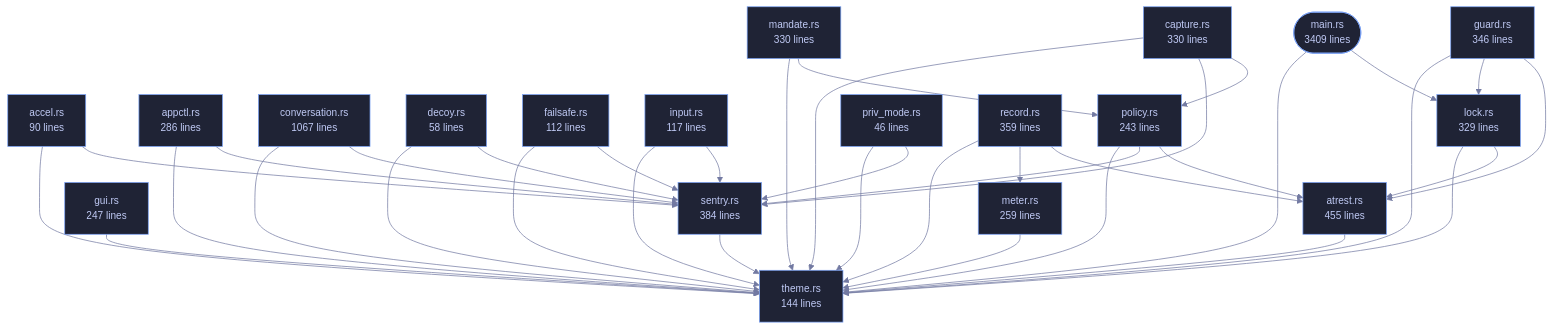
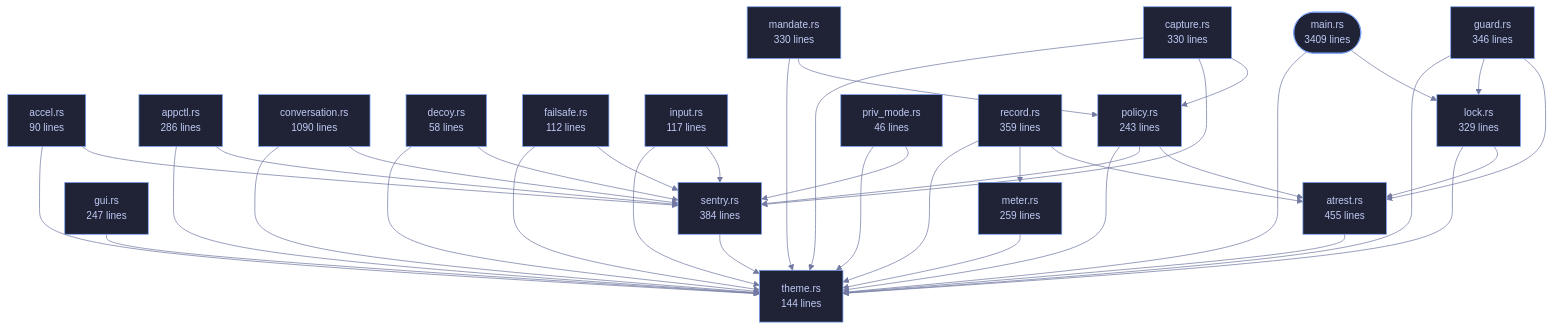
Before and after one commit to tilas01/veilvoice: the diagram in crates/veilvoice-cli/README.md, drawn with Mermaid. The commit also changed other lines of this file and 32 other files, not shown here.

````diff
--- a/crates/veilvoice-cli/README.md
+++ b/crates/veilvoice-cli/README.md
@@ -110,78 +110,78 @@
 ```mermaid
 %%{init: {"theme":"base","themeVariables":{"background":"#1a1b26","primaryColor":"#1f2335","primaryTextColor":"#c0caf5","primaryBorderColor":"#7aa2f7","secondaryColor":"#16161e","tertiaryColor":"#16161e","lineColor":"#737aa2","textColor":"#c0caf5","mainBkg":"#1f2335","nodeBorder":"#7aa2f7","clusterBkg":"#16161e","clusterBorder":"#2f3549","fontFamily":"ui-monospace, SFMono-Regular, Consolas, monospace","fontSize":"14px"}}}%%
 flowchart TD
     n_main(["main.rs<br/>3409 lines"])
     n_accel["accel.rs<br/>90 lines"]
     n_appctl["appctl.rs<br/>286 lines"]
     n_atrest["atrest.rs<br/>455 lines"]
     n_capture["capture.rs<br/>330 lines"]
-    n_conversation["conversation.rs<br/>1067 lines"]
+    n_conversation["conversation.rs<br/>1090 lines"]
     n_decoy["decoy.rs<br/>58 lines"]
     n_failsafe["failsafe.rs<br/>112 lines"]
     n_guard["guard.rs<br/>346 lines"]
     n_gui["gui.rs<br/>247 lines"]
     n_input["input.rs<br/>117 lines"]
     n_lock["lock.rs<br/>329 lines"]
     n_mandate["mandate.rs<br/>330 lines"]
     n_meter["meter.rs<br/>259 lines"]
     n_policy["policy.rs<br/>243 lines"]
     n_priv_mode["priv_mode.rs<br/>46 lines"]
     n_record["record.rs<br/>359 lines"]
     n_sentry["sentry.rs<br/>384 lines"]
     n_theme["theme.rs<br/>144 lines"]
     n_accel --> n_sentry
     n_accel --> n_theme
     n_appctl --> n_sentry
     n_appctl --> n_theme
     n_atrest --> n_theme
     n_capture --> n_policy
     n_capture --> n_sentry
     n_capture --> n_theme
     n_conversation --> n_sentry
     n_conversation --> n_theme
     n_decoy --> n_sentry
     n_decoy --> n_theme
     n_failsafe --> n_sentry
     n_failsafe --> n_theme
     n_guard --> n_atrest
     n_guard --> n_lock
     n_guard --> n_theme
     n_gui --> n_theme
     n_input --> n_sentry
     n_input --> n_theme
     n_lock --> n_atrest
     n_lock --> n_theme
     n_main --> n_lock
     n_main --> n_theme
     n_mandate --> n_policy
     n_mandate --> n_theme
     n_meter --> n_theme
     n_policy --> n_atrest
     n_policy --> n_sentry
     n_policy --> n_theme
     n_priv_mode --> n_sentry
     n_priv_mode --> n_theme
     n_record --> n_atrest
     n_record --> n_meter
     n_record --> n_theme
     n_sentry --> n_theme
     click n_main href "https://github.com/tilas01/veilvoice/blob/main/crates/veilvoice-cli/src/main.rs" "open the source"
     click n_accel href "https://github.com/tilas01/veilvoice/blob/main/crates/veilvoice-cli/src/accel.rs" "open the source"
     click n_appctl href "https://github.com/tilas01/veilvoice/blob/main/crates/veilvoice-cli/src/appctl.rs" "open the source"
     click n_atrest href "https://github.com/tilas01/veilvoice/blob/main/crates/veilvoice-cli/src/atrest.rs" "open the source"
     click n_capture href "https://github.com/tilas01/veilvoice/blob/main/crates/veilvoice-cli/src/capture.rs" "open the source"
     click n_conversation href "https://github.com/tilas01/veilvoice/blob/main/crates/veilvoice-cli/src/conversation.rs" "open the source"
     click n_decoy href "https://github.com/tilas01/veilvoice/blob/main/crates/veilvoice-cli/src/decoy.rs" "open the source"
     click n_failsafe href "https://github.com/tilas01/veilvoice/blob/main/crates/veilvoice-cli/src/failsafe.rs" "open the source"
     click n_guard href "https://github.com/tilas01/veilvoice/blob/main/crates/veilvoice-cli/src/guard.rs" "open the source"
     click n_gui href "https://github.com/tilas01/veilvoice/blob/main/crates/veilvoice-cli/src/gui.rs" "open the source"
     click n_input href "https://github.com/tilas01/veilvoice/blob/main/crates/veilvoice-cli/src/input.rs" "open the source"
     click n_lock href "https://github.com/tilas01/veilvoice/blob/main/crates/veilvoice-cli/src/lock.rs" "open the source"
     click n_mandate href "https://github.com/tilas01/veilvoice/blob/main/crates/veilvoice-cli/src/mandate.rs" "open the source"
     click n_meter href "https://github.com/tilas01/veilvoice/blob/main/crates/veilvoice-cli/src/meter.rs" "open the source"
     click n_policy href "https://github.com/tilas01/veilvoice/blob/main/crates/veilvoice-cli/src/policy.rs" "open the source"
     click n_priv_mode href "https://github.com/tilas01/veilvoice/blob/main/crates/veilvoice-cli/src/priv_mode.rs" "open the source"
     click n_record href "https://github.com/tilas01/veilvoice/blob/main/crates/veilvoice-cli/src/record.rs" "open the source"
     click n_sentry href "https://github.com/tilas01/veilvoice/blob/main/crates/veilvoice-cli/src/sentry.rs" "open the source"
     click n_theme href "https://github.com/tilas01/veilvoice/blob/main/crates/veilvoice-cli/src/theme.rs" "open the source"
 ```
````
